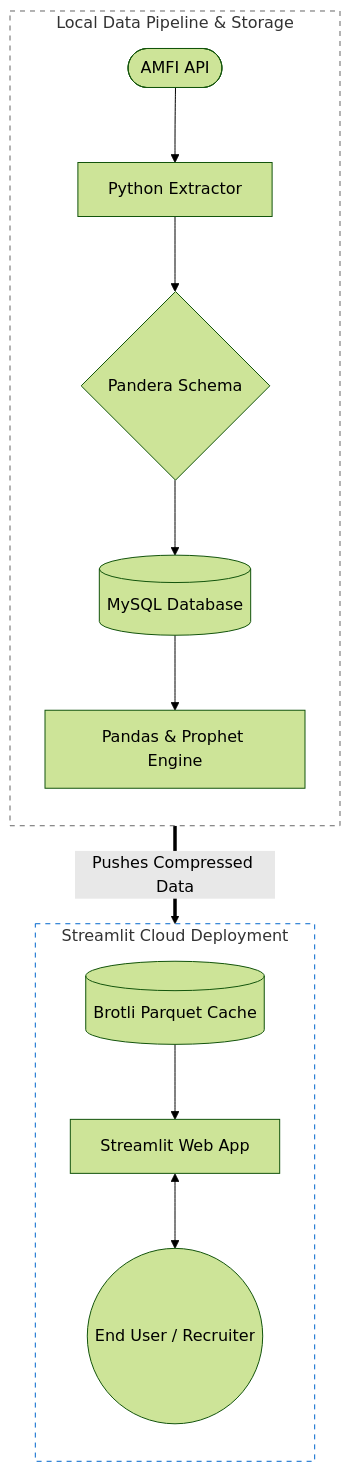
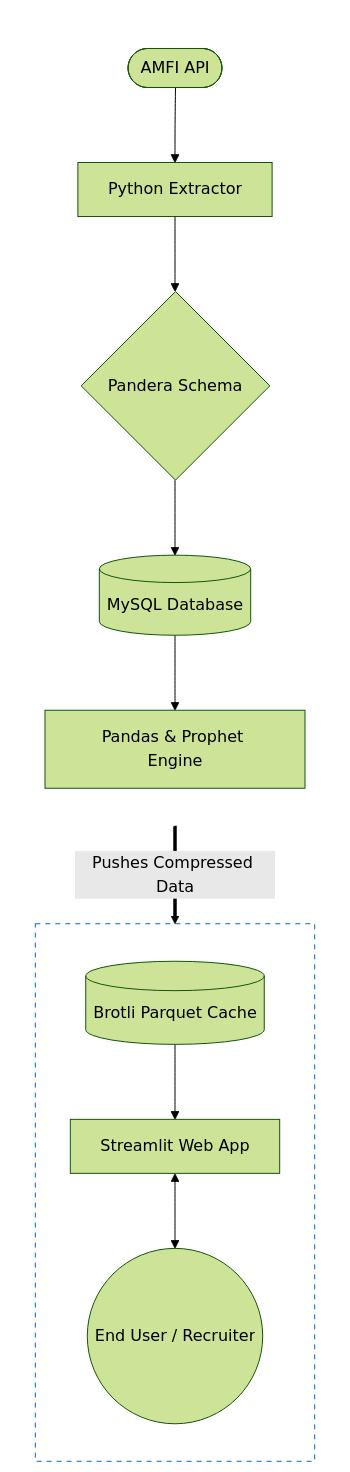
Before and after one commit to AD1007/End-to-End-Mutual-Fund-Analysis---Recommendation-Engine: the first of 2 diagrams in README.md, drawn with Mermaid (forest theme).

Commit message:
Fix styles for Local and Cloud diagrams
Updated styles to remove background colors and improve contrast.

````diff
--- a/README.md
+++ b/README.md
@@ -25,27 +25,27 @@
 ```mermaid
 flowchart TD
     subgraph Local ["Local Data Pipeline & Storage"]
         direction TB
         API([AMFI API]) --> Ext[Python Extractor]
         Ext --> Val{Pandera Schema}
         Val --> DB[(MySQL Database)]
         DB --> Comp[Pandas & Prophet Engine]
     end
 
     subgraph Cloud ["Streamlit Cloud Deployment"]
         direction TB
         Cache[(Brotli Parquet Cache)]
         App[Streamlit Web App]
         User((End User / Recruiter))
         
         Cache --> App
         App <--> User
     end
 
+    %% Connection styling
     Comp == "Pushes Compressed Data" ==> Cache
     
-    %% Changed fill from #f4f4f4 (gray) to #fff (white) to match standard Mermaid background
-    style Local fill:#fff,stroke:#666,stroke-dasharray: 5 5,color:#333
-    %% Changed fill from #e6f3ff (blue) to #fff (white) to match standard Mermaid background
-    style Cloud fill:#fff,stroke:#0066cc,stroke-dasharray: 5 5,color:#333
+    %% Fixed Styles: Removed background colors, set borders and text to white/high-contrast
+    style Local fill:none,stroke:#fff,stroke-dasharray: 5 5,color:#fff
+    style Cloud fill:none,stroke:#0066cc,stroke-dasharray: 5 5,color:#fff
 ```
````
